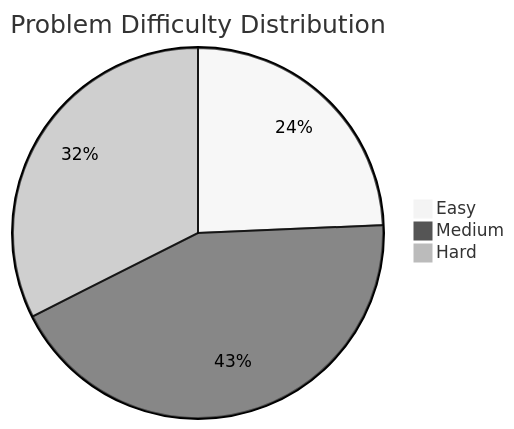
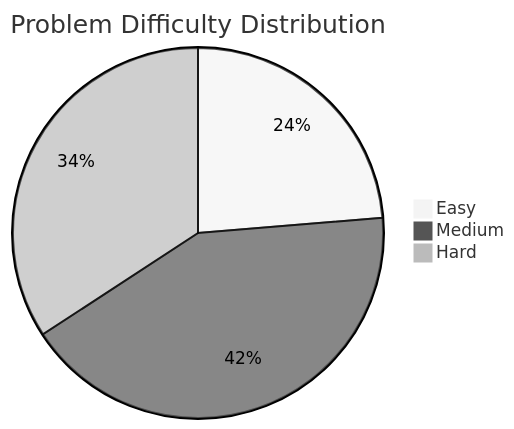
Before and after one commit to ernivani/leetcode-solutions: the first of 2 diagrams in JOURNAL.md, drawn with Mermaid (neutral theme). The commit also changed other lines of this file and 2 other files, not shown here.

````diff
--- a/JOURNAL.md
+++ b/JOURNAL.md
@@ -48,6 +49,6 @@
 ```mermaid
 pie title Problem Difficulty Distribution
     "Easy" : 9
     "Medium" : 16
-    "Hard" : 12
+    "Hard" : 13
 ```
````
